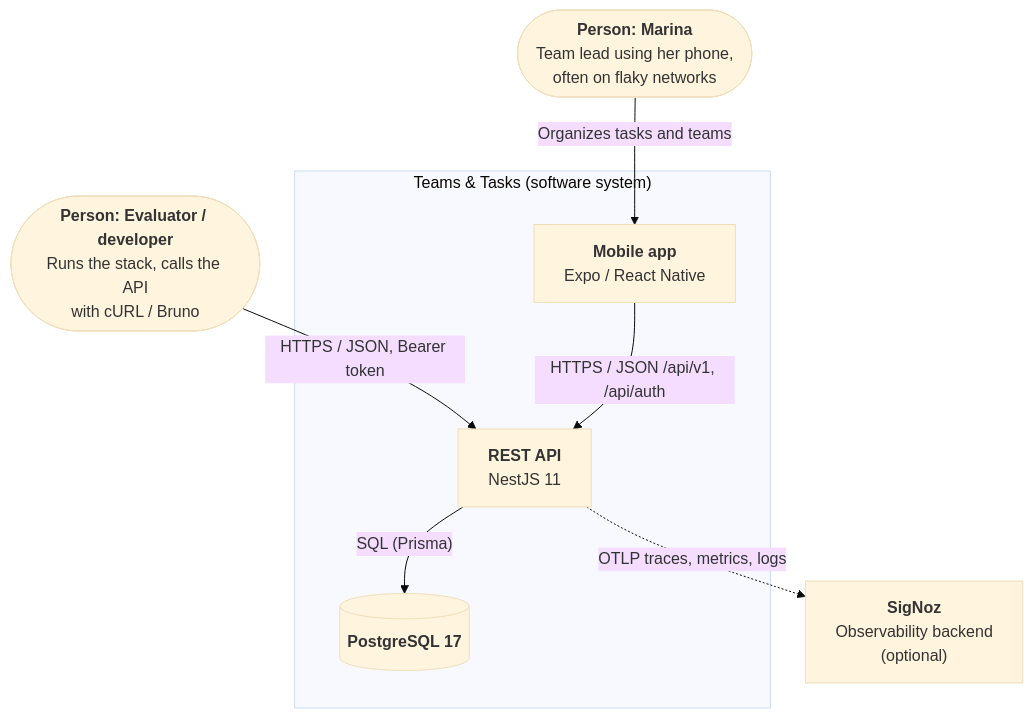
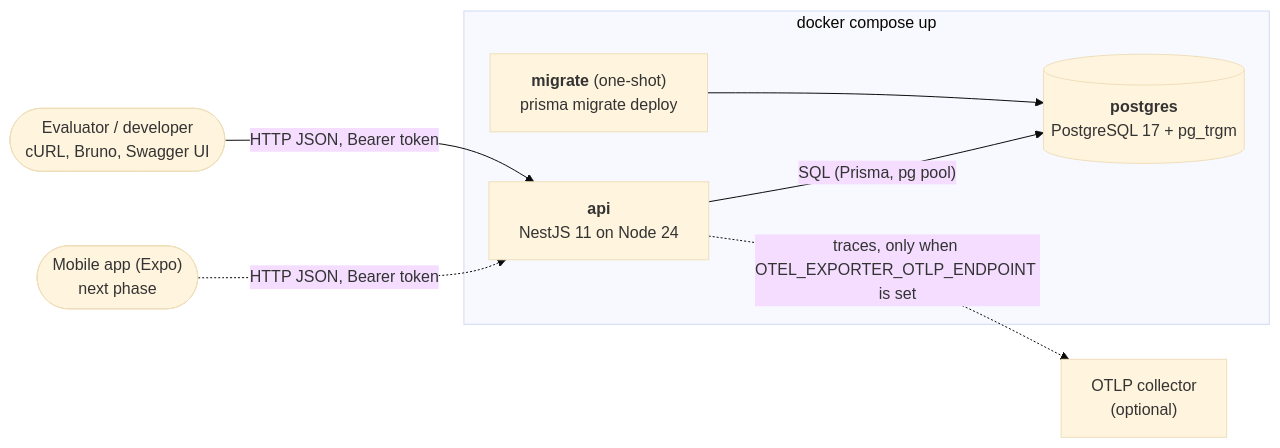
One commit to rodriguesdenis/hitss changed the first of 4 diagrams in docs/architecture/overview.md. Above: the diagram before and after it, drawn with Mermaid (base theme). The commit also changed other lines of this file and 56 other files, not shown here.

````diff
--- a/docs/architecture/overview.md
+++ b/docs/architecture/overview.md
@@ -9,19 +9,18 @@
 ```mermaid
-flowchart TB
-  user(["<b>Person: Marina</b><br/>Team lead using her phone,<br/>often on flaky networks"])
-  dev(["<b>Person: Evaluator / developer</b><br/>Runs the stack, calls the API<br/>with cURL / Bruno"])
+flowchart LR
+  dev(["Evaluator / developer<br/>cURL, Bruno, Swagger UI"])
+  app(["Mobile app (Expo)<br/>next phase"])
 
-  subgraph system["Teams & Tasks (software system)"]
-    app["<b>Mobile app</b><br/>Expo / React Native"]
-    api["<b>REST API</b><br/>NestJS 11"]
-    db[("<b>PostgreSQL 17</b>")]
+  subgraph compose["docker compose up"]
+    pg[("<b>postgres</b><br/>PostgreSQL 17 + pg_trgm")]
+    migrate["<b>migrate</b> (one-shot)<br/>prisma migrate deploy"]
+    api["<b>api</b><br/>NestJS 11 on Node 24"]
   end
+  otlp["OTLP collector<br/>(optional)"]
 
-  signoz["<b>SigNoz</b><br/>Observability backend<br/>(optional)"]
-
-  user -- "Organizes tasks and teams" --> app
-  dev -- "HTTPS / JSON, Bearer token" --> api
-  app -- "HTTPS / JSON /api/v1, /api/auth" --> api
-  api -- "SQL (Prisma)" --> db
-  api -. "OTLP traces, metrics, logs" .-> signoz
+  dev -- "HTTP JSON, Bearer token" --> api
+  app -. "HTTP JSON, Bearer token" .-> api
+  migrate --> pg
+  api -- "SQL (Prisma, pg pool)" --> pg
+  api -. "traces, only when OTEL_EXPORTER_OTLP_ENDPOINT is set" .-> otlp
 ```
````
